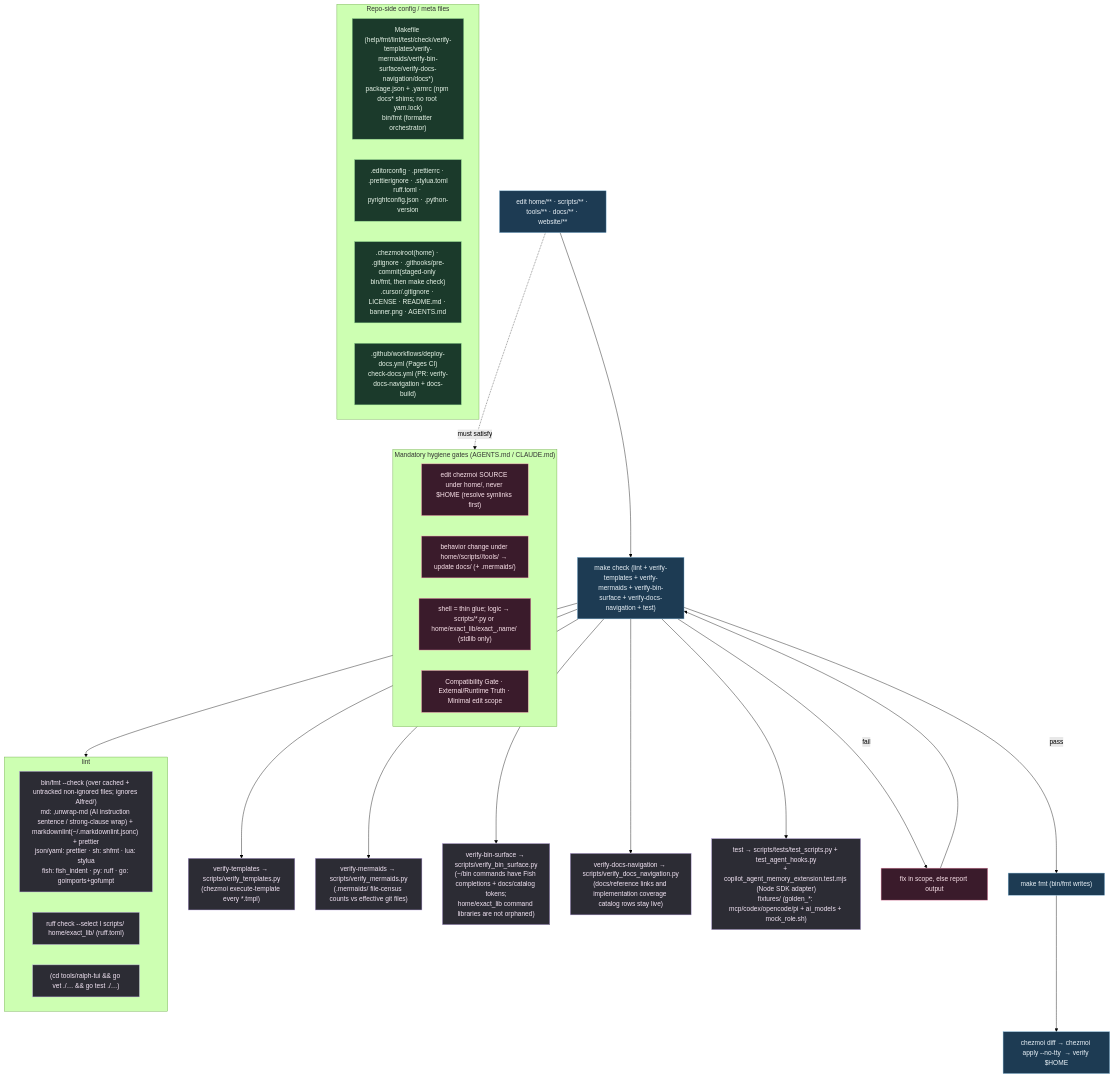
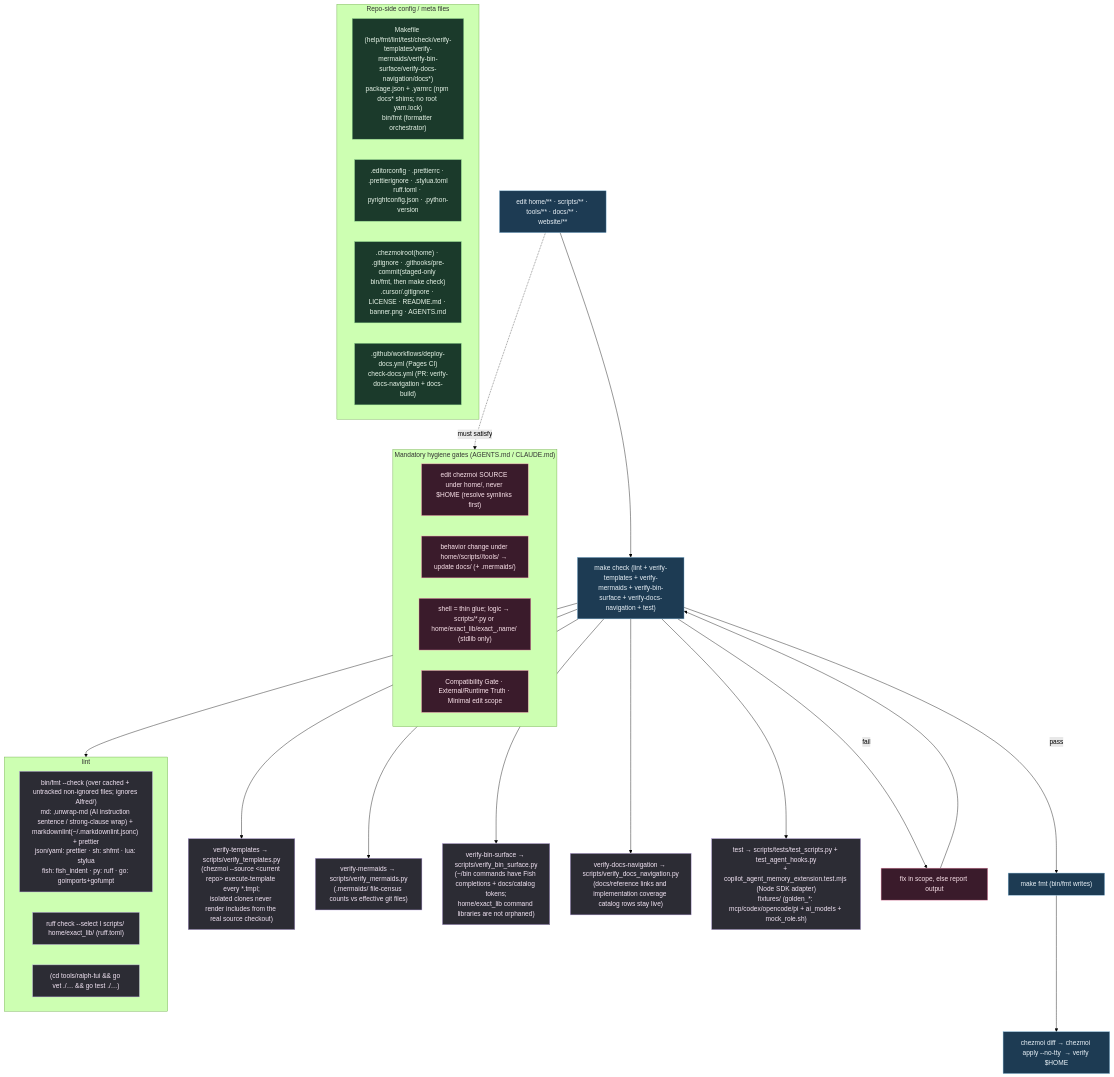
One commit to kapral18/dotfiles changed the diagram in .mermaids/09-repo-validation.mmd. Above: the diagram before and after it, drawn with Mermaid (forest theme). The commit also changed 122 other files, not shown here.

```diff
--- a/.mermaids/09-repo-validation.mmd
+++ b/.mermaids/09-repo-validation.mmd
@@ -1,43 +1,43 @@
 %% ============================================================================
 %% 09-repo-validation.mmd — Repo dev loop + every repo-side config/meta file.
 %% After every change: `make check` then `make fmt`. bin/fmt operates over the
 %% effective git file set (cached + untracked, non-ignored; .mmd files untouched).
 %% ============================================================================
 flowchart TD
     classDef mk fill:#1d3b53,stroke:#7fb3d5,color:#eaf2f8;
     classDef tool fill:#2c2c34,stroke:#b39ddb,color:#f3e5f5;
     classDef gate fill:#3a1b2b,stroke:#f48fb1,color:#fce4ec;
     classDef cfg fill:#1b3a2b,stroke:#81c784,color:#e8f5e9;
 
     EDIT["edit home/** · scripts/** · tools/** · docs/** · website/**"]:::mk --> CHECK["make check (lint + verify-templates + verify-mermaids + verify-bin-surface + verify-docs-navigation + test)"]:::mk
 
     subgraph LINT["lint"]
         FMT["bin/fmt --check (over cached + untracked non-ignored files; ignores Alfred/)<br/>md: ,unwrap-md (AI instruction sentence / strong-clause wrap) + markdownlint(~/.markdownlint.jsonc) + prettier<br/>json/yaml: prettier · sh: shfmt · lua: stylua<br/>fish: fish_indent · py: ruff · go: goimports+gofumpt"]:::tool
         RUFFI["ruff check --select I scripts/ home/exact_lib/ (ruff.toml)"]:::tool
         GOV["(cd tools/ralph-tui && go vet ./… && go test ./…)"]:::tool
     end
-    VT["verify-templates → scripts/verify_templates.py<br/>(chezmoi execute-template every *.tmpl)"]:::tool
+    VT["verify-templates → scripts/verify_templates.py<br/>(chezmoi --source &lt;current repo&gt; execute-template every *.tmpl;<br/>isolated clones never render includes from the real source checkout)"]:::tool
     VM["verify-mermaids → scripts/verify_mermaids.py<br/>(.mermaids/ file-census counts vs effective git files)"]:::tool
     VB["verify-bin-surface → scripts/verify_bin_surface.py<br/>(~/bin commands have Fish completions + docs/catalog tokens;<br/>home/exact_lib command libraries are not orphaned)"]:::tool
     VDN["verify-docs-navigation → scripts/verify_docs_navigation.py<br/>(docs/reference links and implementation coverage catalog rows stay live)"]:::tool
     TST["test → scripts/tests/test_scripts.py + test_agent_hooks.py<br/>+ copilot_agent_memory_extension.test.mjs (Node SDK adapter)<br/>fixtures/ (golden_*: mcp/codex/opencode/pi + ai_models + mock_role.sh)"]:::tool
     CHECK --> LINT & VT & VM & VB & VDN & TST
 
     CHECK -->|fail| FIX["fix in scope, else report output"]:::gate --> CHECK
     CHECK -->|pass| FMTW["make fmt (bin/fmt writes)"]:::mk
     FMTW --> APPLY["chezmoi diff → chezmoi apply --no-tty <target> → verify $HOME"]:::mk
 
     subgraph CONFIG["Repo-side config / meta files"]
         C1["Makefile (help/fmt/lint/test/check/verify-templates/verify-mermaids/verify-bin-surface/verify-docs-navigation/docs*)<br/>package.json + .yarnrc (npm docs* shims; no root yarn.lock)<br/>bin/fmt (formatter orchestrator)"]:::cfg
         C2[".editorconfig · .prettierrc · .prettierignore · .stylua.toml<br/>ruff.toml · pyrightconfig.json · .python-version"]:::cfg
         C3[".chezmoiroot(home) · .gitignore · .githooks/pre-commit(staged-only bin/fmt, then make check)<br/>.cursor/.gitignore · LICENSE · README.md · banner.png · AGENTS.md"]:::cfg
         C4[".github/workflows/deploy-docs.yml (Pages CI)<br/>check-docs.yml (PR: verify-docs-navigation + docs-build)"]:::cfg
     end
 
     subgraph HYG["Mandatory hygiene gates (AGENTS.md / CLAUDE.md)"]
         G1["edit chezmoi SOURCE under home/, never $HOME (resolve symlinks first)"]:::gate
         G2["behavior change under home//scripts//tools/ → update docs/ (+ .mermaids/)"]:::gate
         G3["shell = thin glue; logic → scripts/*.py or home/exact_lib/exact_,name/ (stdlib only)"]:::gate
         G4["Compatibility Gate · External/Runtime Truth · Minimal edit scope"]:::gate
     end
     EDIT -.must satisfy.-> HYG
```
